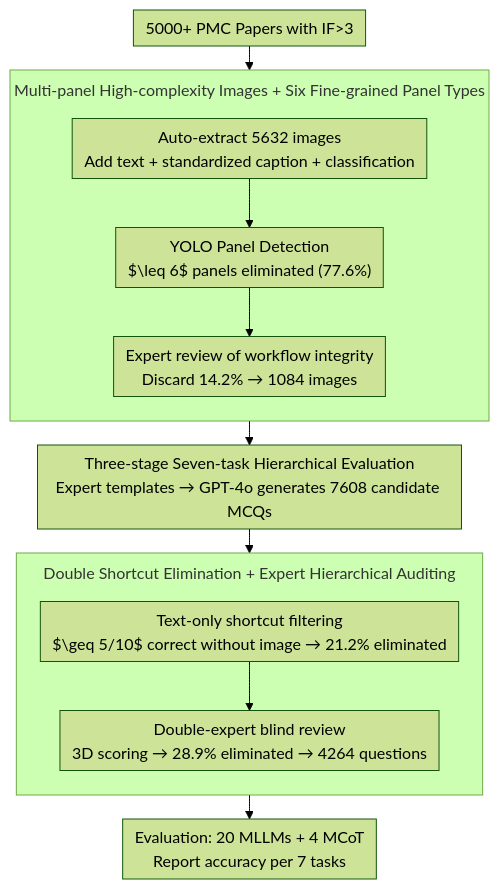
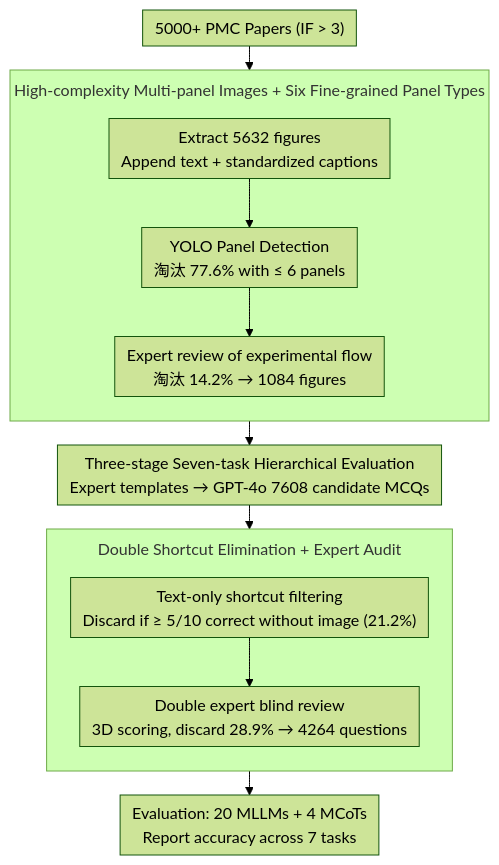
The diagram in docs/ACL2026/vlm_reasoning/decoding_scientific_experimental_images_the_spur_benchmark_for_perception_unders.md (zhaoyang97/Paper-Notes-en), drawn with Mermaid (forest theme) before and after one commit. The commit also changed other lines of this file and 5084 other files, not shown here.

````diff
--- a/docs/ACL2026/vlm_reasoning/decoding_scientific_experimental_images_the_spur_benchmark_for_perception_unders.md
+++ b/docs/ACL2026/vlm_reasoning/decoding_scientific_experimental_images_the_spur_benchmark_for_perception_unders.md
@@ -43,17 +43,17 @@
 ```mermaid
 %%{init: {'flowchart': {'rankSpacing': 24, 'nodeSpacing': 28, 'padding': 6, 'wrappingWidth': 400, 'subGraphTitleMargin': {'top': 8, 'bottom': 16}}}}%%
 flowchart TD
-    A["5000+ PMC Papers with IF&gt;3"] --> SG1
-    subgraph SG1["Multi-panel High-complexity Images + Six Fine-grained Panel Types"]
+    A["5000+ PMC Papers (IF &gt; 3)"] --> SG1
+    subgraph SG1["High-complexity Multi-panel Images + Six Fine-grained Panel Types"]
         direction TB
-        B["Auto-extract 5632 images<br/>Add text + standardized caption + classification"] --> C["YOLO Panel Detection<br/>$\leq 6$ panels eliminated (77.6%)"]
-        C --> D["Expert review of workflow integrity<br/>Discard 14.2% → 1084 images"]
+        B["Extract 5632 figures<br/>Append text + standardized captions"] --> C["YOLO Panel Detection<br/>淘汰 77.6% with ≤ 6 panels"]
+        C --> D["Expert review of experimental flow<br/>淘汰 14.2% → 1084 figures"]
     end
-    SG1 --> E["Three-stage Seven-task Hierarchical Evaluation<br/>Expert templates → GPT-4o generates 7608 candidate MCQs"]
+    SG1 --> E["Three-stage Seven-task Hierarchical Evaluation<br/>Expert templates → GPT-4o 7608 candidate MCQs"]
     E --> SG2
-    subgraph SG2["Double Shortcut Elimination + Expert Hierarchical Auditing"]
+    subgraph SG2["Double Shortcut Elimination + Expert Audit"]
         direction TB
-        G["Text-only shortcut filtering<br/>$\geq 5/10$ correct without image → 21.2% eliminated"] --> H["Double-expert blind review<br/>3D scoring → 28.9% eliminated → 4264 questions"]
+        G["Text-only shortcut filtering<br/>Discard if ≥ 5/10 correct without image (21.2%)"] --> H["Double expert blind review<br/>3D scoring, discard 28.9% → 4264 questions"]
     end
-    SG2 --> I["Evaluation: 20 MLLMs + 4 MCoT<br/>Report accuracy per 7 tasks"]
+    SG2 --> I["Evaluation: 20 MLLMs + 4 MCoTs<br/>Report accuracy across 7 tasks"]
 ```
````
